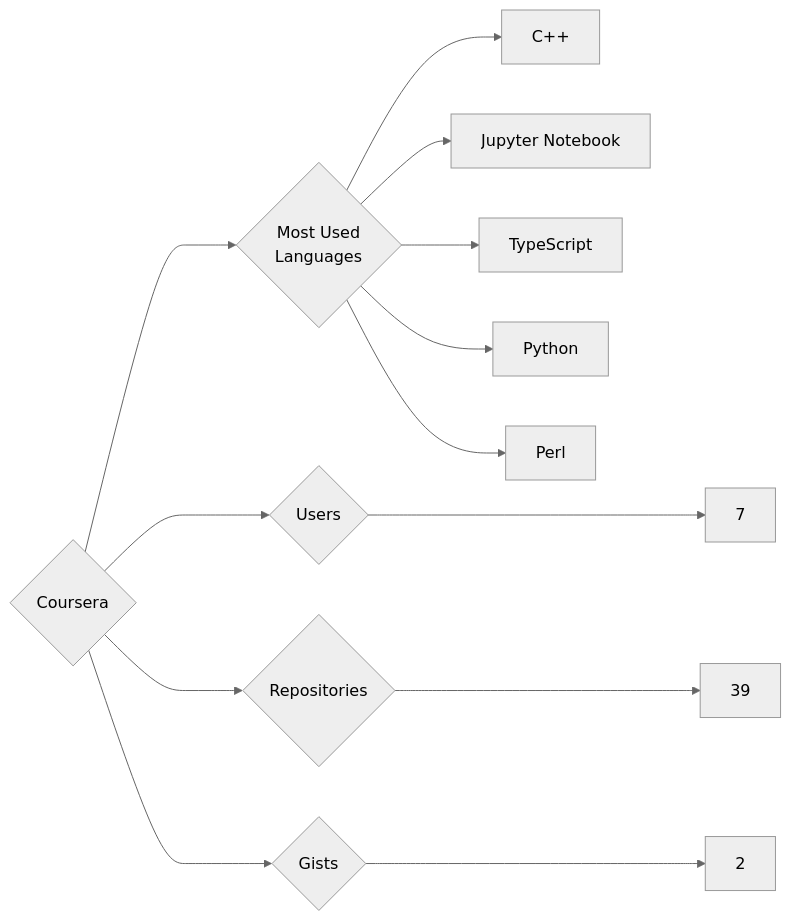
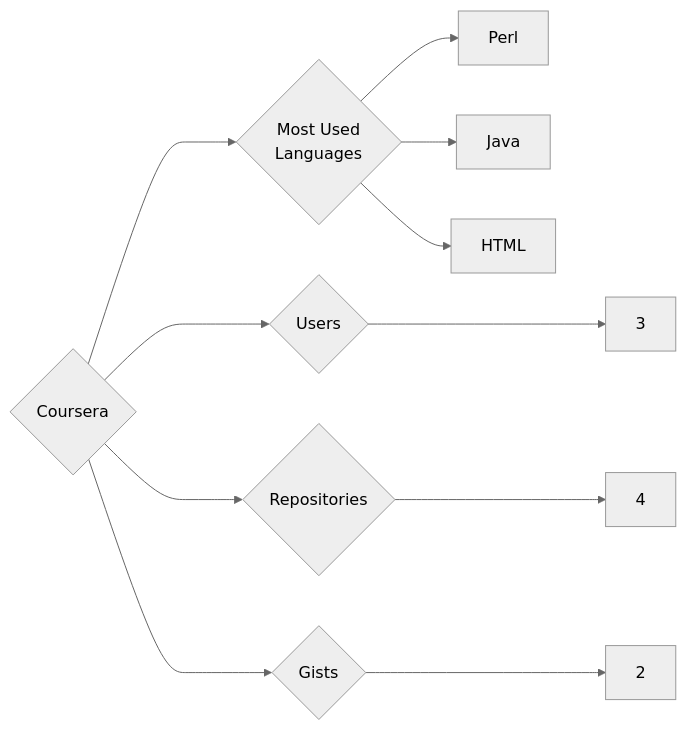
Before and after one commit to trickest/insiders: the diagram in targets/Coursera/README.md, drawn with Mermaid (neutral theme). The commit also changed 942 other files, not shown here.

````diff
--- a/targets/Coursera/README.md
+++ b/targets/Coursera/README.md
@@ -3,13 +3,11 @@
 ```mermaid
 graph LR
 COMPANY_NAME{Coursera}
-COMPANY_NAME ---> U{Users} ---> UN[7]
-COMPANY_NAME ---> R{Repositories} ---> RN[39]
+COMPANY_NAME ---> U{Users} ---> UN[3]
+COMPANY_NAME ---> R{Repositories} ---> RN[4]
 COMPANY_NAME ---> G{Gists} ---> GN[2]
 COMPANY_NAME ---> ML{Most Used<br>Languages}
-ML --> C++[C++]
-ML --> Jupyter_Notebook[Jupyter Notebook]
-ML --> TypeScript[TypeScript]
-ML --> Python[Python]
 ML --> Perl[Perl]
+ML --> Java[Java]
+ML --> HTML[HTML]
 ```
````
